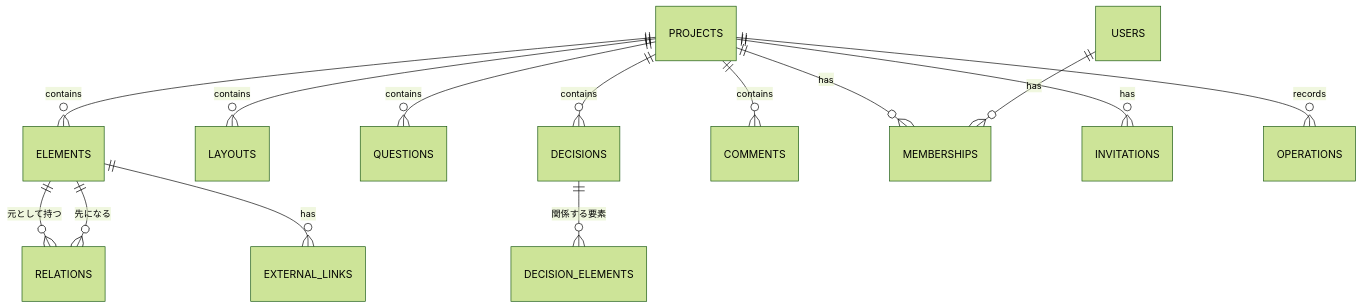
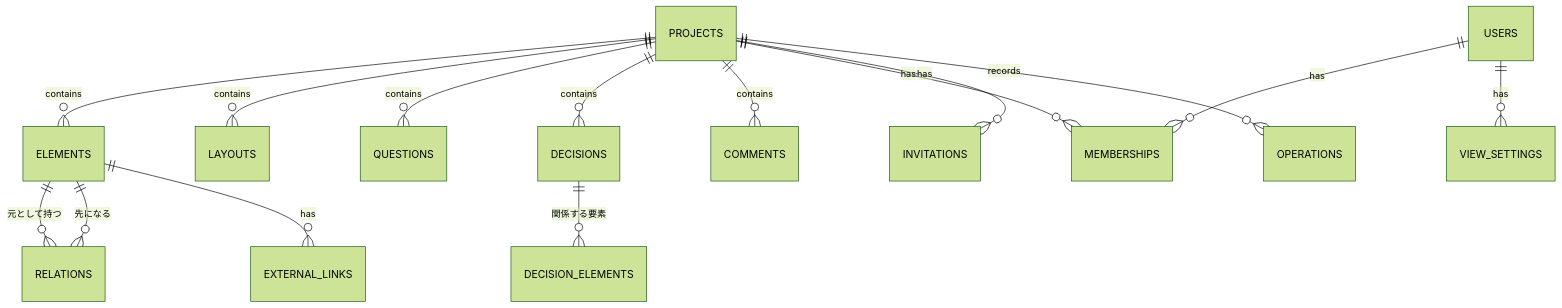
One commit to kato0373i/sujigaki changed the third of 7 diagrams in docs/design/business-design-ssot.md. Above: the diagram before and after it, drawn with Mermaid (forest theme). The commit also changed other lines of this file, not shown here.

````diff
--- a/docs/design/business-design-ssot.md
+++ b/docs/design/business-design-ssot.md
@@ -177,16 +177,17 @@
 ```mermaid
 erDiagram
     PROJECTS ||--o{ ELEMENTS : contains
     ELEMENTS ||--o{ RELATIONS : "元として持つ"
     ELEMENTS ||--o{ RELATIONS : "先になる"
     ELEMENTS ||--o{ EXTERNAL_LINKS : has
     PROJECTS ||--o{ LAYOUTS : contains
     PROJECTS ||--o{ QUESTIONS : contains
     PROJECTS ||--o{ DECISIONS : contains
     DECISIONS ||--o{ DECISION_ELEMENTS : "関係する要素"
     PROJECTS ||--o{ COMMENTS : contains
     PROJECTS ||--o{ MEMBERSHIPS : has
     USERS ||--o{ MEMBERSHIPS : has
+    USERS ||--o{ VIEW_SETTINGS : has
     PROJECTS ||--o{ INVITATIONS : has
     PROJECTS ||--o{ OPERATIONS : records
 ```
````
